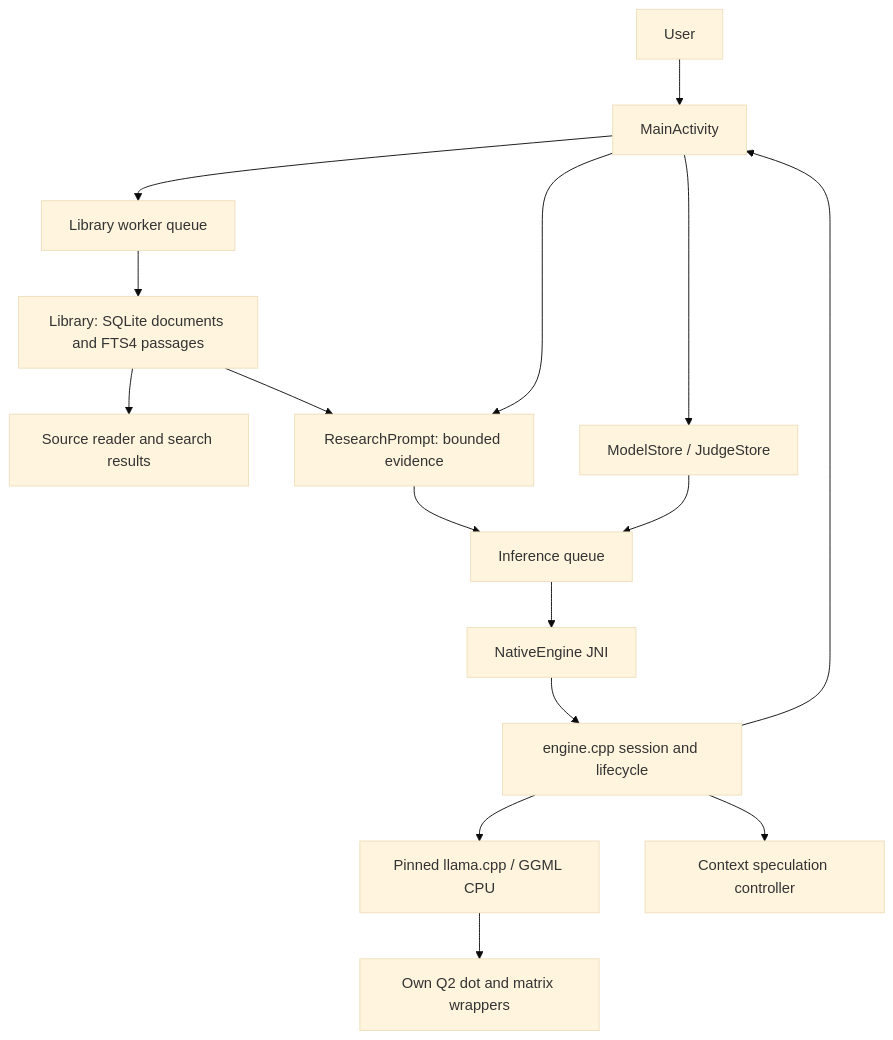
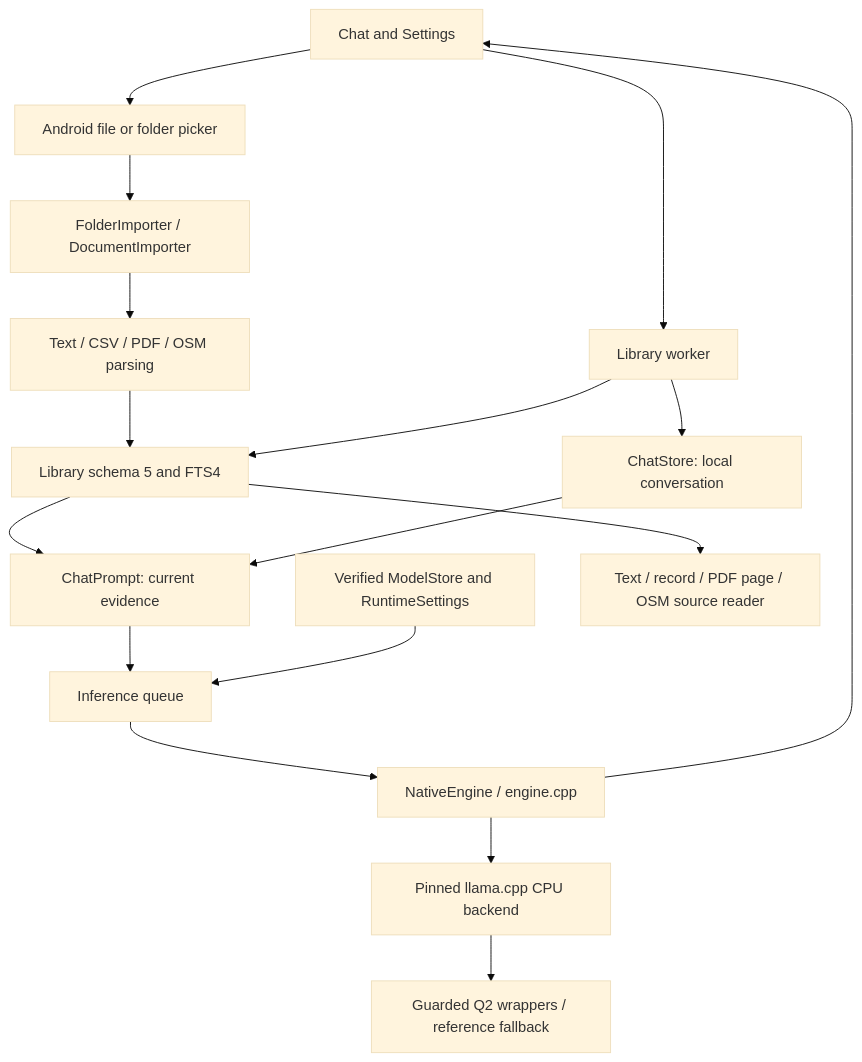
Before and after one commit to nicoarias81/outpost: the diagram in docs/architecture.md, drawn with Mermaid (base theme). The commit also changed other lines of this file and 51 other files, not shown here.

Commit message:
docs: reconcile Outpost 0.12 architecture, operations and handoff

````diff
--- a/docs/architecture.md
+++ b/docs/architecture.md
@@ -9,18 +7,19 @@
 ```mermaid
 flowchart TD
-    U[User] --> A[MainActivity]
-    A --> W[Library worker queue]
-    W --> L[Library: SQLite documents and FTS4 passages]
-    L --> R[Source reader and search results]
-    A --> P[ResearchPrompt: bounded evidence]
-    L --> P
-    P --> Q[Inference queue]
-    A --> S[ModelStore / JudgeStore]
-    S --> Q
-    Q --> J[NativeEngine JNI]
-    J --> E[engine.cpp session and lifecycle]
-    E --> G[Pinned llama.cpp / GGML CPU]
-    G --> K[Own Q2 dot and matrix wrappers]
-    E --> X[Context speculation controller]
-    E --> A
+    UI[Chat and Settings] --> W[Library worker]
+    UI --> SAF[Android file or folder picker]
+    SAF --> F[FolderImporter / DocumentImporter]
+    F --> P[Text / CSV / PDF / OSM parsing]
+    P --> L[Library schema 5 and FTS4]
+    W --> L
+    W --> CS[ChatStore: local conversation]
+    L --> CP[ChatPrompt: current evidence]
+    CS --> CP
+    CP --> IQ[Inference queue]
+    MS[Verified ModelStore and RuntimeSettings] --> IQ
+    IQ --> JNI[NativeEngine / engine.cpp]
+    JNI --> LL[Pinned llama.cpp CPU backend]
+    LL --> Q[Guarded Q2 wrappers / reference fallback]
+    JNI --> UI
+    L --> SR[Text / record / PDF page / OSM source reader]
 ```
````
